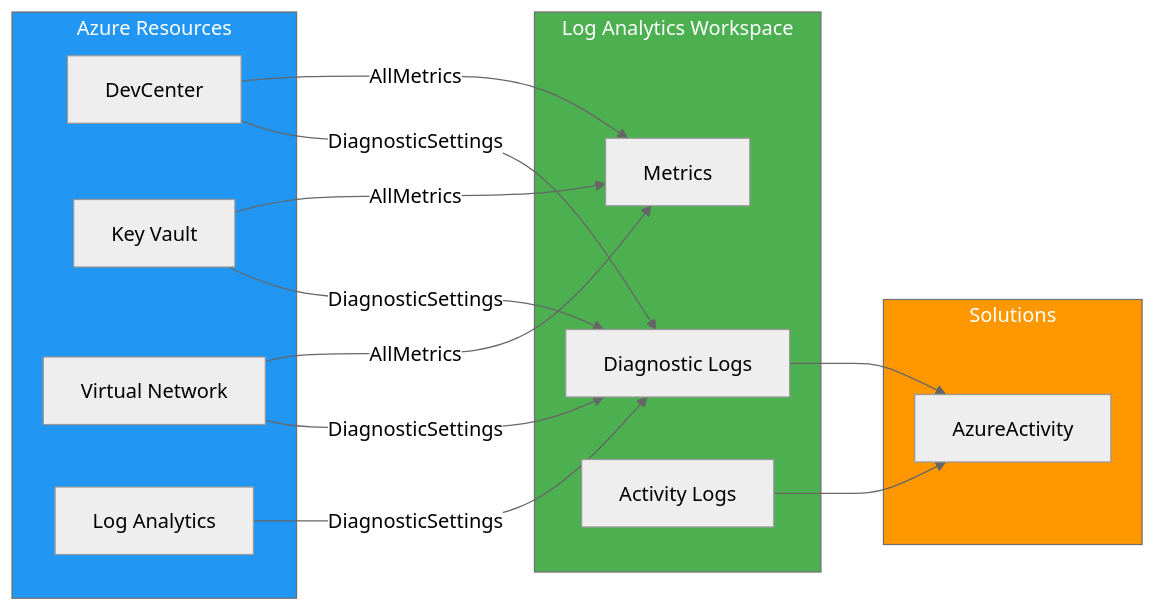
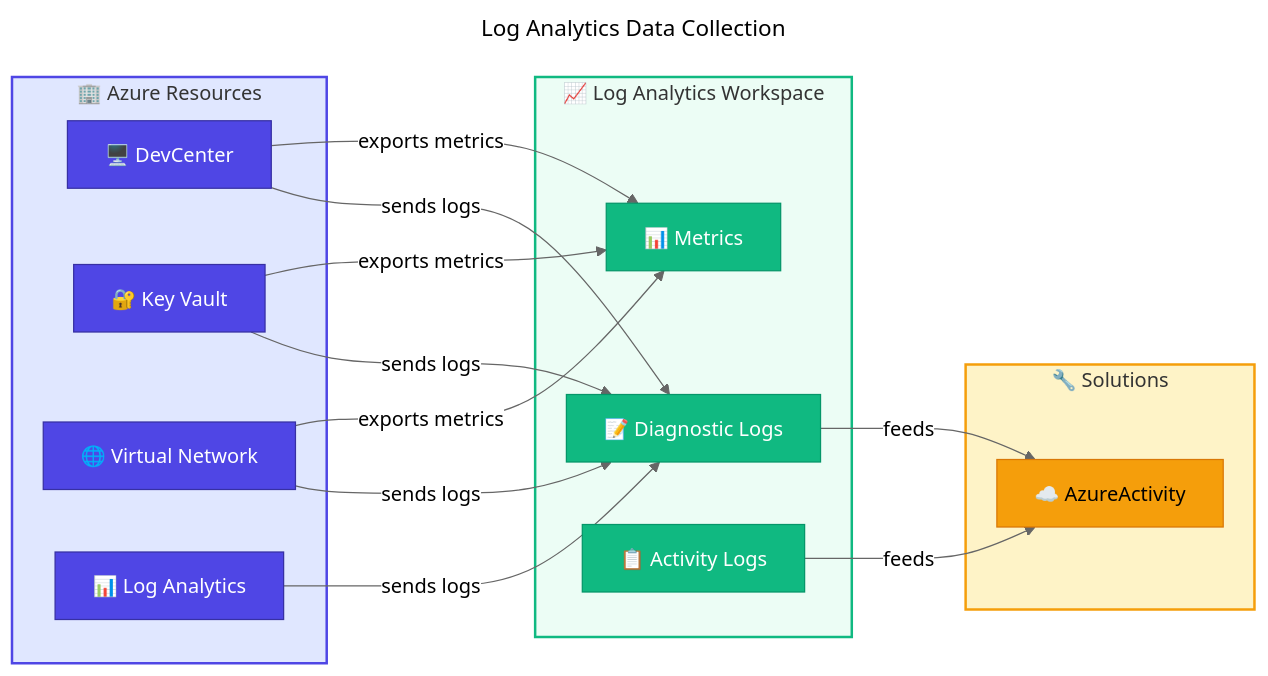
Before and after one commit to Evilazaro/DevExp-DevBox: the fifth of 7 diagrams in docs/architecture/02-data-architecture.md, drawn with Mermaid (neutral theme). The commit also changed other lines of this file and 2 other files, not shown here.

Commit message:
Enhance documentation for architecture files by adding titles to diagrams, improving section titles, and incorporating emojis for better clarity and navigation.

````diff
--- a/docs/architecture/02-data-architecture.md
+++ b/docs/architecture/02-data-architecture.md
@@ -444,35 +486,51 @@
 ```mermaid
+---
+title: Log Analytics Data Collection
+---
 flowchart LR
-    subgraph Resources["Azure Resources"]
-        DC["DevCenter"]
-        KV["Key Vault"]
-        VN["Virtual Network"]
-        LA["Log Analytics"]
+    %% ===== AZURE RESOURCES =====
+    subgraph Resources["🏢 Azure Resources"]
+        DC["🖥️ DevCenter"]
+        KV["🔐 Key Vault"]
+        VN["🌐 Virtual Network"]
+        LA["📊 Log Analytics"]
     end
     
-    subgraph LAW["Log Analytics Workspace"]
-        LOGS["Diagnostic Logs"]
-        MET["Metrics"]
-        ACT["Activity Logs"]
+    %% ===== LOG ANALYTICS WORKSPACE =====
+    subgraph LAW["📈 Log Analytics Workspace"]
+        LOGS["📝 Diagnostic Logs"]
+        MET["📊 Metrics"]
+        ACT["📋 Activity Logs"]
     end
     
-    subgraph Solutions["Solutions"]
-        AA["AzureActivity"]
+    %% ===== SOLUTIONS =====
+    subgraph Solutions["🔧 Solutions"]
+        AA["☁️ AzureActivity"]
     end
     
-    DC -->|DiagnosticSettings| LOGS
-    KV -->|DiagnosticSettings| LOGS
-    VN -->|DiagnosticSettings| LOGS
-    LA -->|DiagnosticSettings| LOGS
+    %% ===== CONNECTIONS =====
+    DC -->|sends logs| LOGS
+    KV -->|sends logs| LOGS
+    VN -->|sends logs| LOGS
+    LA -->|sends logs| LOGS
     
-    DC -->|AllMetrics| MET
-    KV -->|AllMetrics| MET
-    VN -->|AllMetrics| MET
+    DC -->|exports metrics| MET
+    KV -->|exports metrics| MET
+    VN -->|exports metrics| MET
     
-    LOGS --> AA
-    ACT --> AA
+    LOGS -->|feeds| AA
+    ACT -->|feeds| AA
     
-    style Resources fill:#2196F3,color:#fff
-    style LAW fill:#4CAF50,color:#fff
-    style Solutions fill:#FF9800,color:#fff
+    %% ===== STYLES =====
+    classDef primary fill:#4F46E5,stroke:#3730A3,color:#FFFFFF
+    classDef secondary fill:#10B981,stroke:#059669,color:#FFFFFF
+    classDef datastore fill:#F59E0B,stroke:#D97706,color:#000000
+    
+    class DC,KV,VN,LA primary
+    class LOGS,MET,ACT secondary
+    class AA datastore
+    
+    style Resources fill:#E0E7FF,stroke:#4F46E5,stroke-width:2px
+    style LAW fill:#ECFDF5,stroke:#10B981,stroke-width:2px
+    style Solutions fill:#FEF3C7,stroke:#F59E0B,stroke-width:2px
 ```
````
